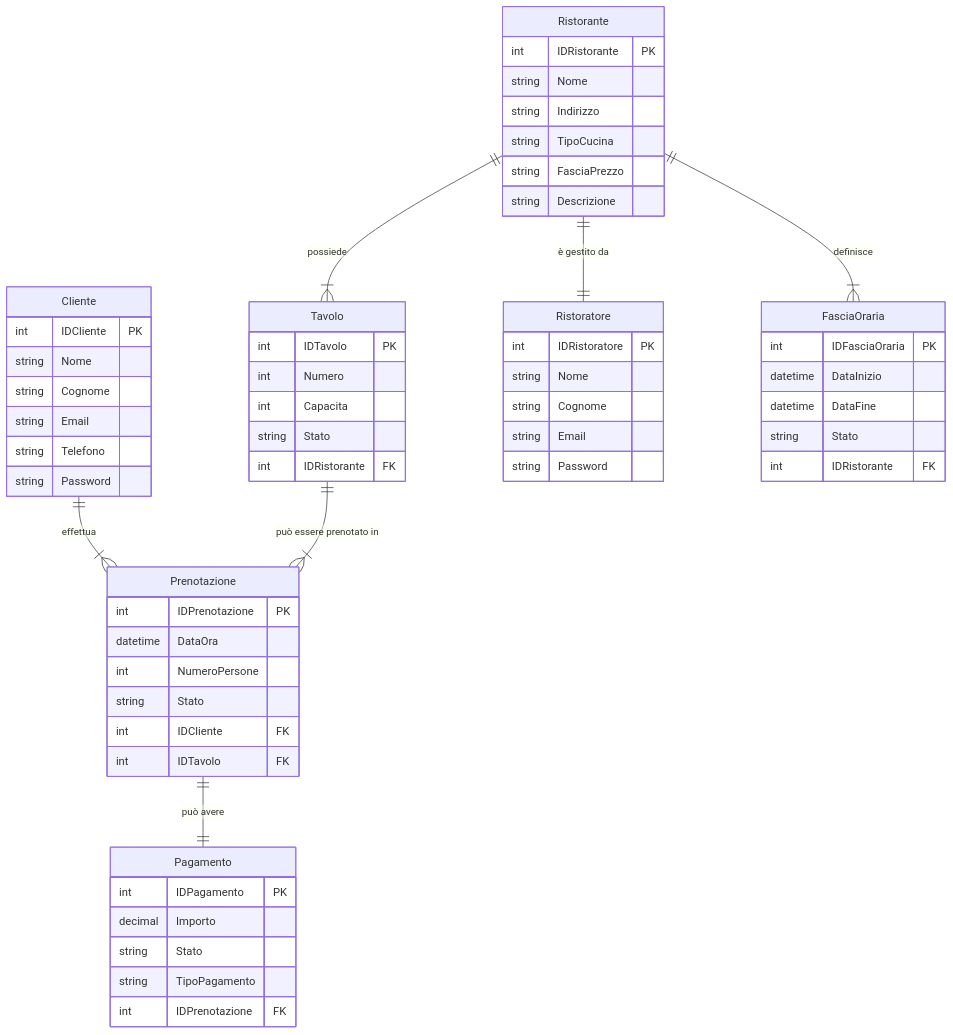
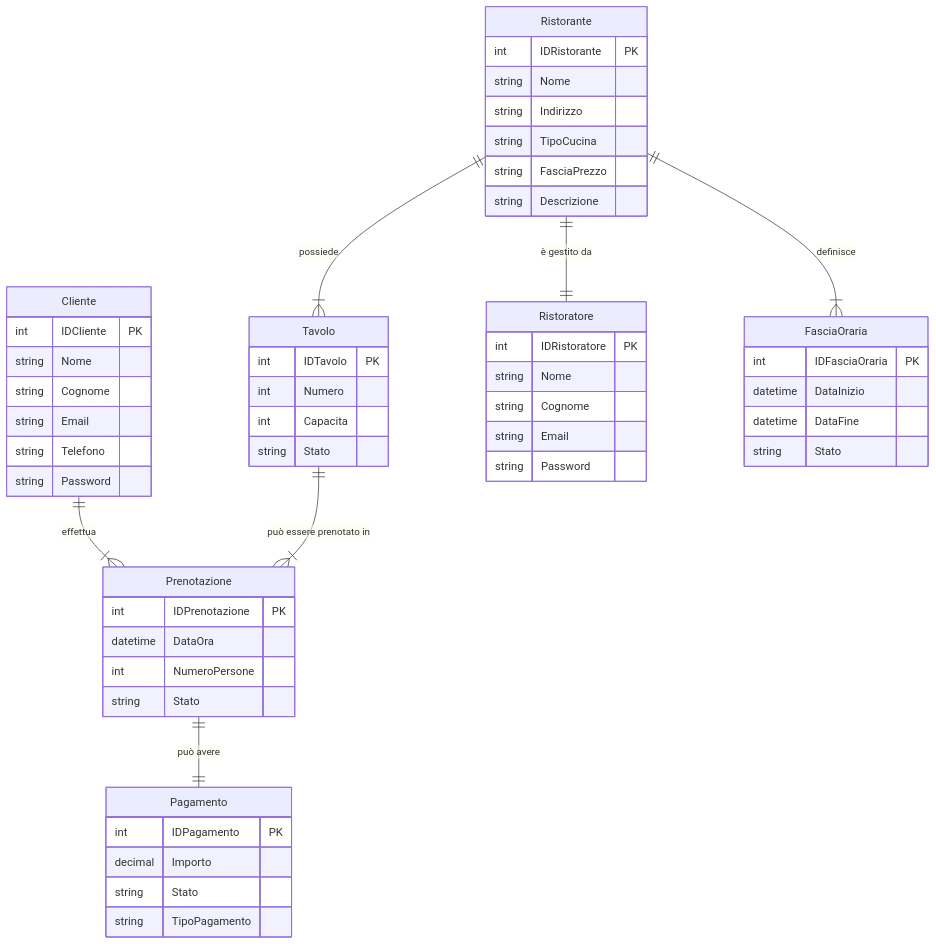
The fifth of 6 diagrams in rasd/use-cases-er-requirements/index.md (GreppiDev/Info5IA2425WebDev), drawn with Mermaid before and after one commit. The commit also changed other lines of this file, not shown here.

````diff
--- a/rasd/use-cases-er-requirements/index.md
+++ b/rasd/use-cases-er-requirements/index.md
@@ -1195,62 +1227,57 @@
 ```mermaid
 erDiagram
     Ristorante {
         int IDRistorante PK
         string Nome
         string Indirizzo
         string TipoCucina
         string FasciaPrezzo
         string Descrizione
     }
     Tavolo {
         int IDTavolo PK
         int Numero
         int Capacita
         string Stato
-        int IDRistorante FK
     }
     Cliente {
         int IDCliente PK
         string Nome
         string Cognome
         string Email
         string Telefono
         string Password
     }
     Prenotazione {
         int IDPrenotazione PK
         datetime DataOra
         int NumeroPersone
         string Stato
-        int IDCliente FK
-        int IDTavolo FK
     }
     Pagamento {
         int IDPagamento PK
         decimal Importo
         string Stato
         string TipoPagamento
-        int IDPrenotazione FK
     }
     Ristoratore {
         int IDRistoratore PK
         string Nome
         string Cognome
         string Email
         string Password
     }
     FasciaOraria {
         int IDFasciaOraria PK
         datetime DataInizio
         datetime DataFine
         string Stato
-        int IDRistorante FK
     }
 
     Ristorante ||--|| Ristoratore : "è gestito da"
     Ristorante ||--|{ Tavolo : "possiede"
     Ristorante ||--|{ FasciaOraria : "definisce"
     Cliente ||--|{ Prenotazione : "effettua"
     Tavolo ||--|{ Prenotazione : "può essere prenotato in"
     Prenotazione ||--|| Pagamento : "può avere"
 ```
````
